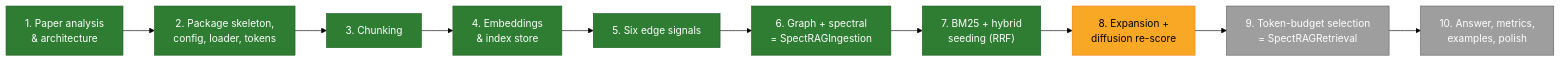
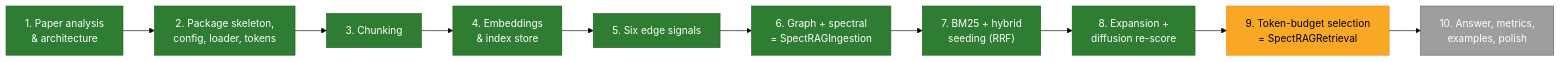
The fifth of 12 diagrams in README.md (aion7891/Spect-RAG), drawn with Mermaid (forest theme) before and after one commit. The commit also changed other lines of this file and 6 other files, not shown here.

Commit message:
feat: Phase 8 – 2-hop graph expansion and proximity re-scoring (PageRank + spectral closeness)

````diff
--- a/README.md
+++ b/README.md
@@ -455,15 +460,15 @@
 ```mermaid
 flowchart LR
     P1["1. Paper analysis<br/>& architecture"]:::done --> P2["2. Package skeleton,<br/>config, loader, tokens"]:::done
     P2 --> P3["3. Chunking"]:::done
     P3 --> P4["4. Embeddings<br/>& index store"]:::done
     P4 --> P5["5. Six edge signals"]:::done
     P5 --> P6["6. Graph + spectral<br/>= SpectRAGIngestion"]:::done
     P6 --> P7["7. BM25 + hybrid<br/>seeding (RRF)"]:::done
-    P7 --> P8["8. Expansion +<br/>diffusion re-score"]:::doing
-    P8 --> P9["9. Token-budget selection<br/>= SpectRAGRetrieval"]:::todo
+    P7 --> P8["8. Expansion +<br/>diffusion re-score"]:::done
+    P8 --> P9["9. Token-budget selection<br/>= SpectRAGRetrieval"]:::doing
     P9 --> P10["10. Answer, metrics,<br/>examples, polish"]:::todo
     classDef done fill:#2e7d32,color:#fff,stroke:#1b5e20
     classDef doing fill:#f9a825,color:#000,stroke:#f57f17
     classDef todo fill:#9e9e9e,color:#fff,stroke:#616161
 ```
````
